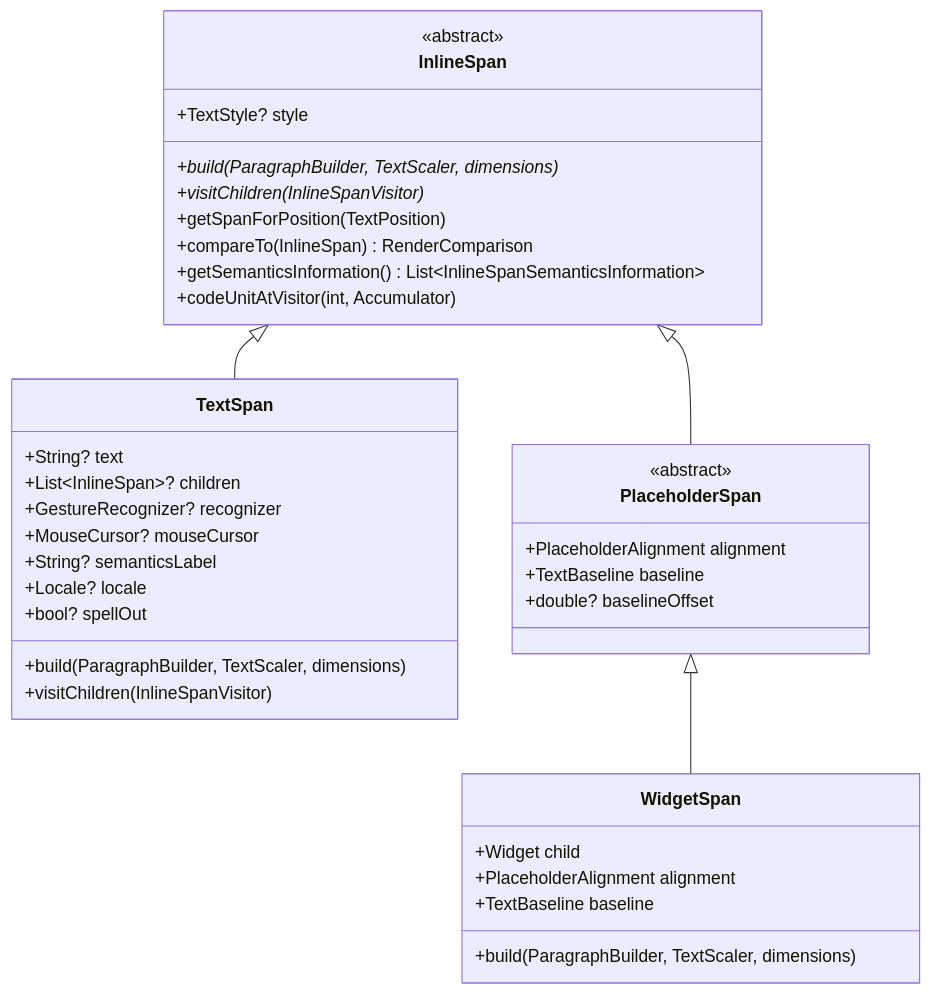
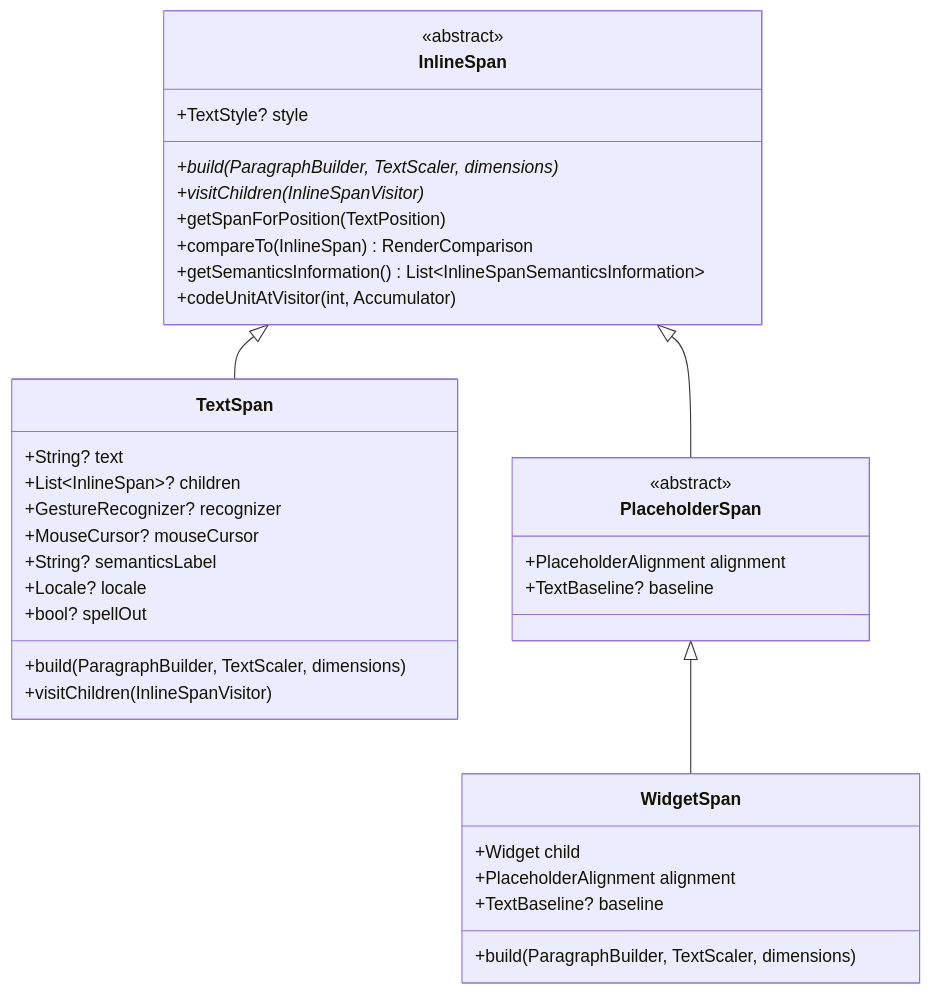
One commit to Renzo-Olivares/flutter changed the first of 3 diagrams in .agents/skills/flutter-text-domain-expert/references/common_text_primitives.md. Above: the diagram before and after it, drawn with Mermaid. The commit also changed other lines of this file and 5 other files, not shown here.

````diff
--- a/.agents/skills/flutter-text-domain-expert/references/common_text_primitives.md
+++ b/.agents/skills/flutter-text-domain-expert/references/common_text_primitives.md
@@ -186,39 +186,38 @@
 ```mermaid
 classDiagram
     class InlineSpan {
         <<abstract>>
         +TextStyle? style
         +build(ParagraphBuilder, TextScaler, dimensions)*
         +visitChildren(InlineSpanVisitor)*
         +getSpanForPosition(TextPosition)
         +compareTo(InlineSpan) RenderComparison
         +getSemanticsInformation() List~InlineSpanSemanticsInformation~
         +codeUnitAtVisitor(int, Accumulator)
     }
     class TextSpan {
         +String? text
         +List~InlineSpan~? children
         +GestureRecognizer? recognizer
         +MouseCursor? mouseCursor
         +String? semanticsLabel
         +Locale? locale
         +bool? spellOut
         +build(ParagraphBuilder, TextScaler, dimensions)
         +visitChildren(InlineSpanVisitor)
     }
     class PlaceholderSpan {
         <<abstract>>
         +PlaceholderAlignment alignment
-        +TextBaseline baseline
-        +double? baselineOffset
+        +TextBaseline? baseline
     }
     class WidgetSpan {
         +Widget child
         +PlaceholderAlignment alignment
-        +TextBaseline baseline
+        +TextBaseline? baseline
         +build(ParagraphBuilder, TextScaler, dimensions)
     }
     InlineSpan <|-- TextSpan
     InlineSpan <|-- PlaceholderSpan
     PlaceholderSpan <|-- WidgetSpan
 ```
````
